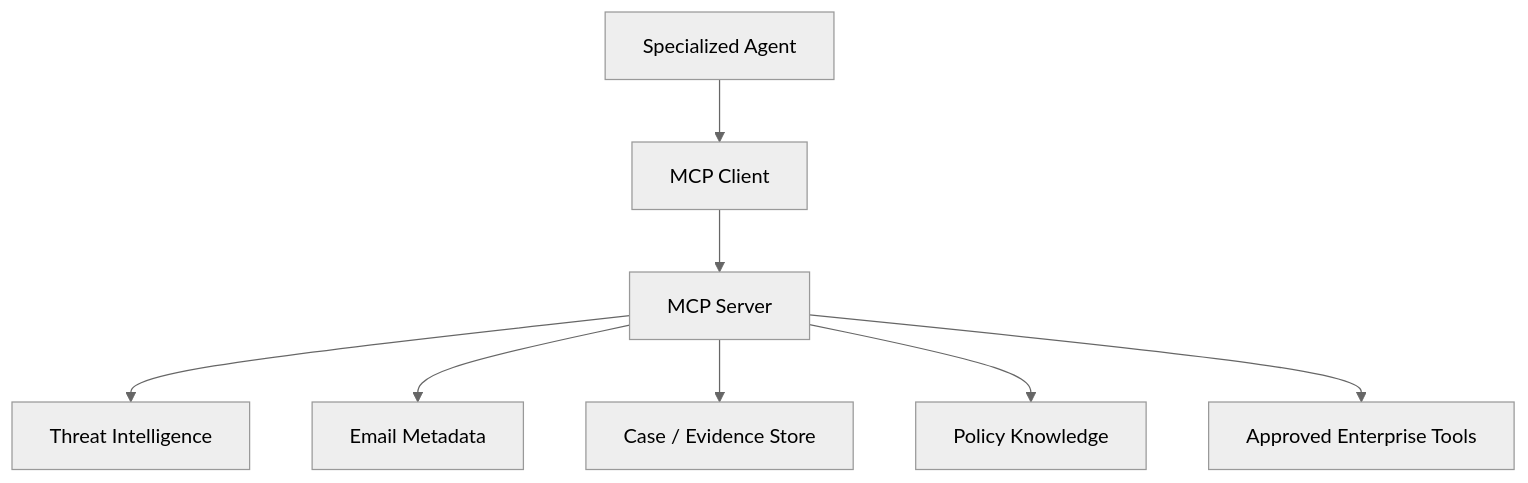
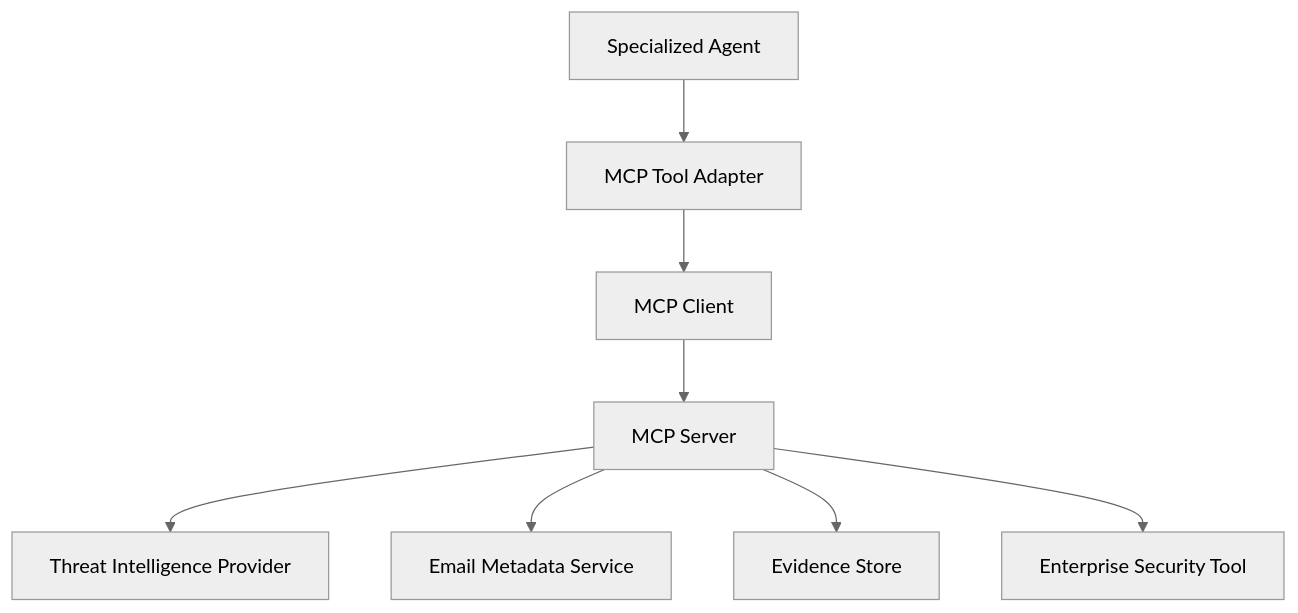
Before and after one commit to Manish927/agentic-threat-intelligence: the third of 15 diagrams in README.md, drawn with Mermaid (neutral theme). The commit also changed other lines of this file, not shown here.

Commit message:
docs: refine Agentic Threat Intelligence architecture and README

````diff
--- a/README.md
+++ b/README.md
@@ -164,10 +306,11 @@
 ```mermaid
 flowchart TD
-    A[Specialized Agent] --> B[MCP Client]
-    B --> C[MCP Server]
-    C --> D1[Threat Intelligence]
-    C --> D2[Email Metadata]
-    C --> D3[Case / Evidence Store]
-    C --> D4[Policy Knowledge]
-    C --> D5[Approved Enterprise Tools]
+    A["Specialized Agent"] --> B["MCP Tool Adapter"]
+    B --> C["MCP Client"]
+    C --> D["MCP Server"]
+
+    D --> E1["Threat Intelligence Provider"]
+    D --> E2["Email Metadata Service"]
+    D --> E3["Evidence Store"]
+    D --> E4["Enterprise Security Tool"]
 ```
````
